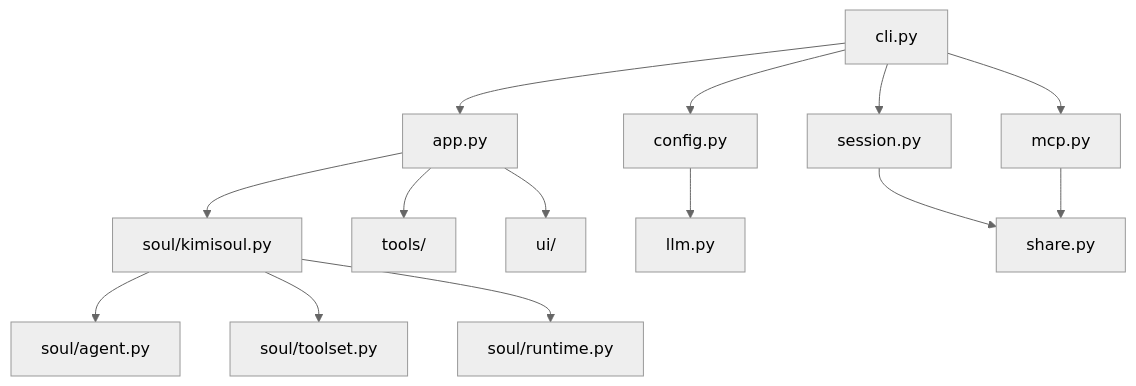
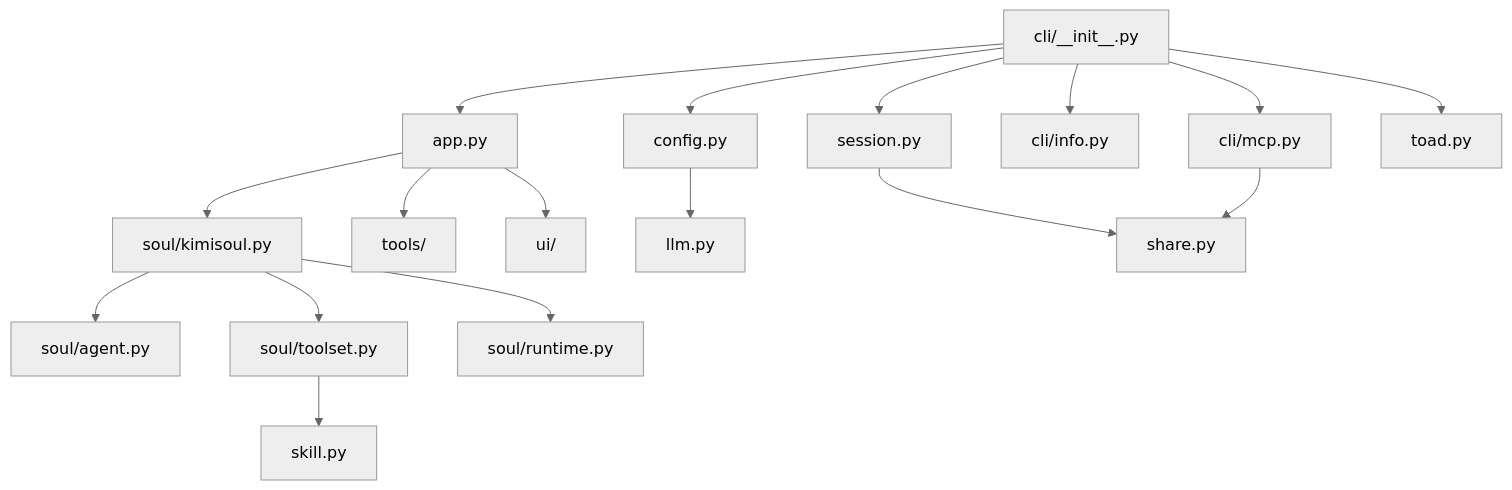
One commit to afanty2021/kimi-cli changed the diagram in src/kimi_cli/CLAUDE.md. Above: the diagram before and after it, drawn with Mermaid (neutral theme). The commit also changed other lines of this file and 1 other file, not shown here.

````diff
--- a/src/kimi_cli/CLAUDE.md
+++ b/src/kimi_cli/CLAUDE.md
@@ -328,16 +406,19 @@
 ```mermaid
 graph TD
-    A[cli.py] --> B[app.py]
+    A[cli/__init__.py] --> B[app.py]
     A --> C[config.py]
     A --> D[session.py]
-    A --> M[mcp.py]
-    B --> E[soul/kimisoul.py]
-    B --> F[tools/]
-    B --> G[ui/]
-    C --> H[llm.py]
-    D --> I[share.py]
-    E --> J[soul/agent.py]
-    E --> K[soul/toolset.py]
-    E --> L[soul/runtime.py]
-    M --> I
+    A --> E[cli/info.py]
+    A --> F[cli/mcp.py]
+    A --> G[toad.py]
+    B --> H[soul/kimisoul.py]
+    B --> I[tools/]
+    B --> J[ui/]
+    C --> K[llm.py]
+    D --> L[share.py]
+    H --> M[soul/agent.py]
+    H --> N[soul/toolset.py]
+    H --> O[soul/runtime.py]
+    N --> P[skill.py]
+    F --> L
 ```
````
